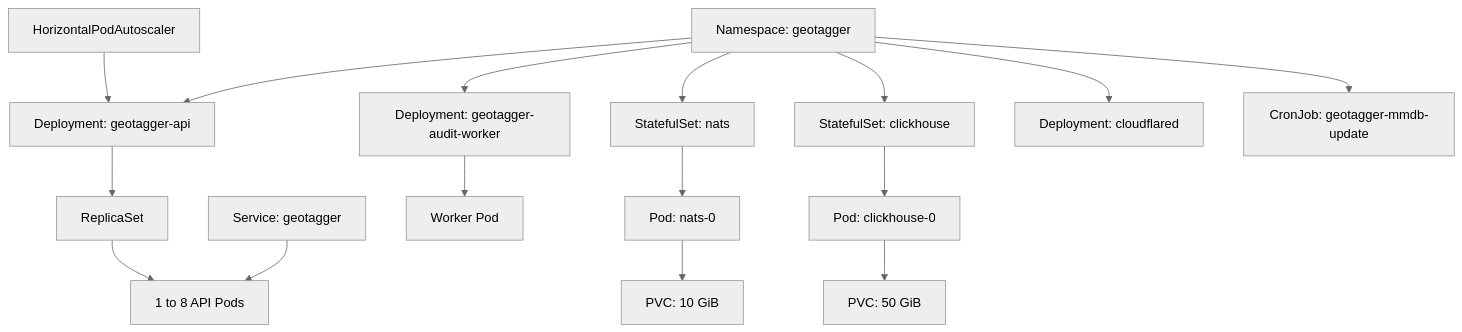
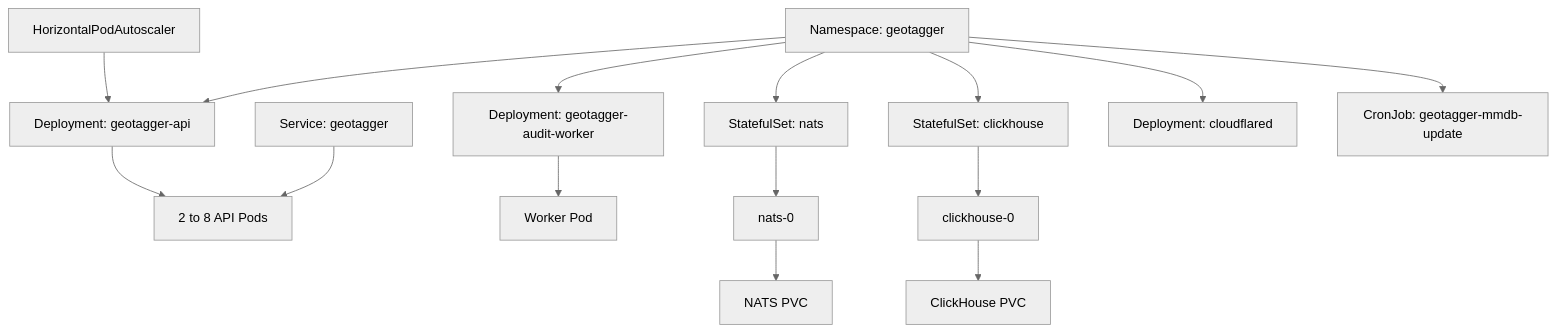
Before and after one commit to Jstarzz/geotagger: diagram 11 of 15 in docs/ARCHITECTURE.md, drawn with Mermaid (neutral theme). The commit also changed other lines of this file, not shown here.

Commit message:
docs: update architecture for City and ASN intelligence

````diff
--- a/docs/ARCHITECTURE.md
+++ b/docs/ARCHITECTURE.md
@@ -217,22 +341,21 @@
 ```mermaid
 flowchart TB
     NS["Namespace: geotagger"] --> ADEP["Deployment: geotagger-api"]
-    ADEP --> ARS["ReplicaSet"]
-    ARS --> APODS["1 to 8 API Pods"]
+    ADEP --> APODS["2 to 8 API Pods"]
     HPA["HorizontalPodAutoscaler"] --> ADEP
     ASVC["Service: geotagger"] --> APODS
 
     NS --> WDEP["Deployment: geotagger-audit-worker"]
     WDEP --> WPOD["Worker Pod"]
 
     NS --> NSET["StatefulSet: nats"]
-    NSET --> NPOD["Pod: nats-0"]
-    NPOD --> NPVC["PVC: 10 GiB"]
+    NSET --> NPOD["nats-0"]
+    NPOD --> NPVC["NATS PVC"]
 
     NS --> CSET["StatefulSet: clickhouse"]
-    CSET --> CPOD["Pod: clickhouse-0"]
-    CPOD --> CPVC["PVC: 50 GiB"]
+    CSET --> CPOD["clickhouse-0"]
+    CPOD --> CPVC["ClickHouse PVC"]
 
     NS --> CFDEP["Deployment: cloudflared"]
     NS --> CRON["CronJob: geotagger-mmdb-update"]
 ```
````
